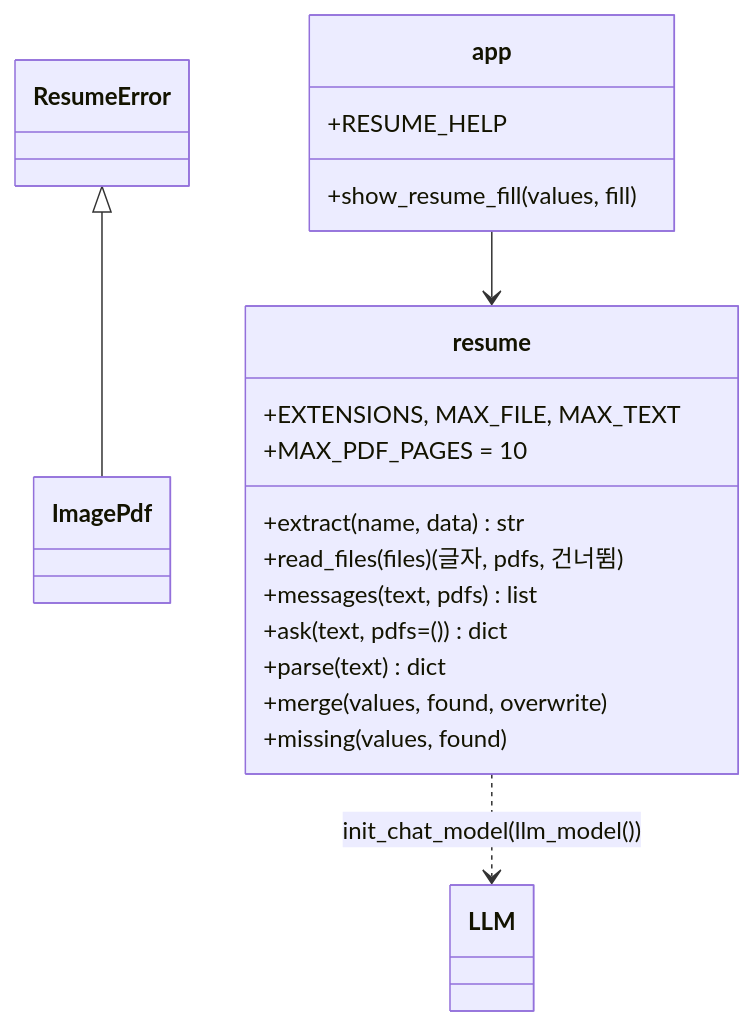
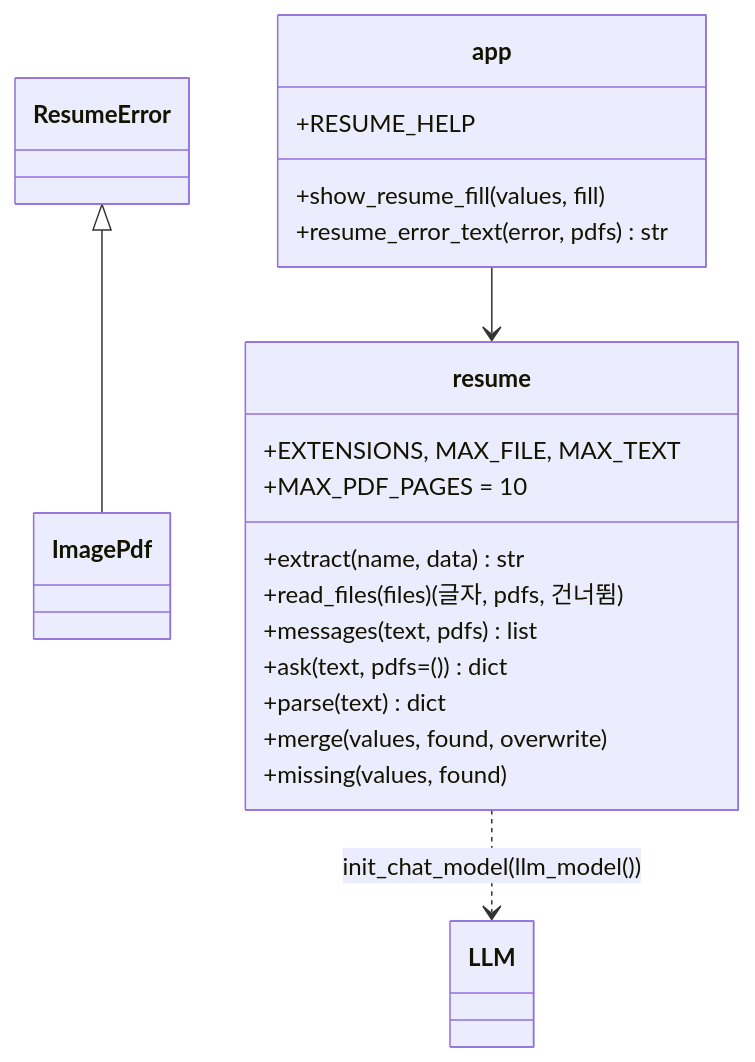
Before and after one commit to wogud98/jobvis: the second of 2 diagrams in docs/v0.7.8/02-design.md, drawn with Mermaid. The commit also changed other lines of this file and 6 other files, not shown here.

````diff
--- a/docs/v0.7.8/02-design.md
+++ b/docs/v0.7.8/02-design.md
@@ -51,23 +51,24 @@
 ```mermaid
 classDiagram
     class ResumeError
     class ImagePdf
     ResumeError <|-- ImagePdf
     class resume {
         +EXTENSIONS, MAX_FILE, MAX_TEXT
         +MAX_PDF_PAGES = 10
         +extract(name, data) str
         +read_files(files) (글자, pdfs, 건너뜀)
         +messages(text, pdfs) list
         +ask(text, pdfs=()) dict
         +parse(text) dict
         +merge(values, found, overwrite)
         +missing(values, found)
     }
     class app {
         +RESUME_HELP
         +show_resume_fill(values, fill)
+        +resume_error_text(error, pdfs) str
     }
     app --> resume
     resume ..> LLM : init_chat_model(llm_model())
 ```
````
